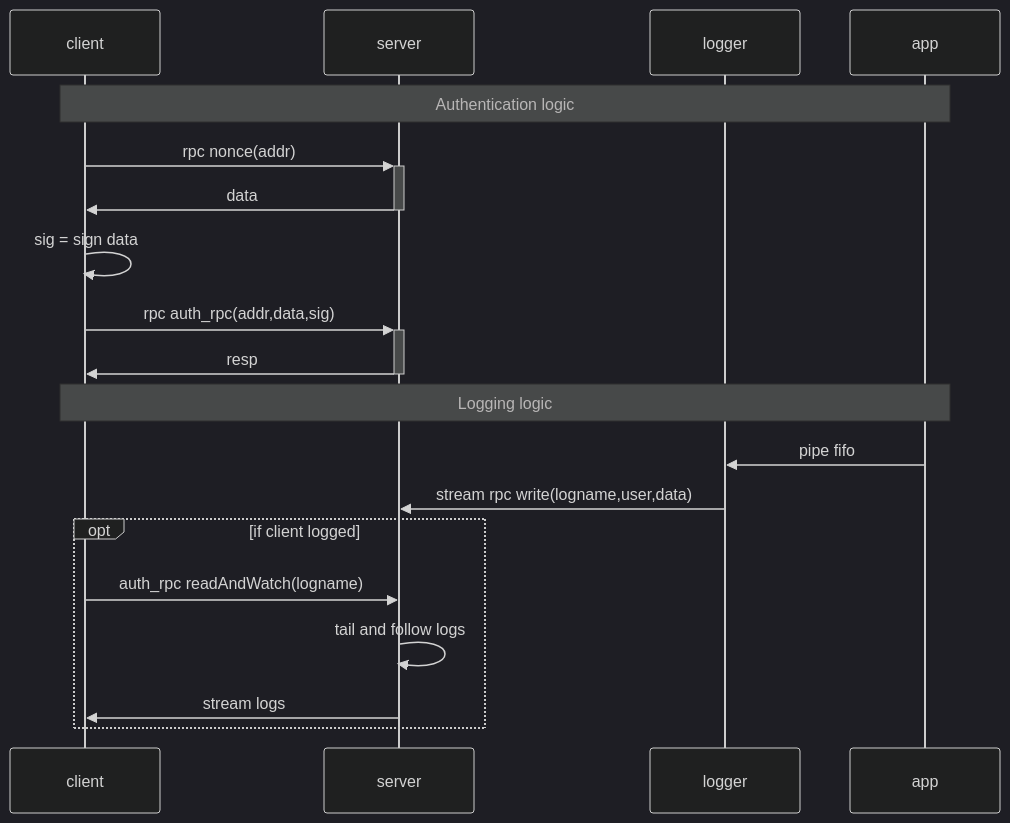
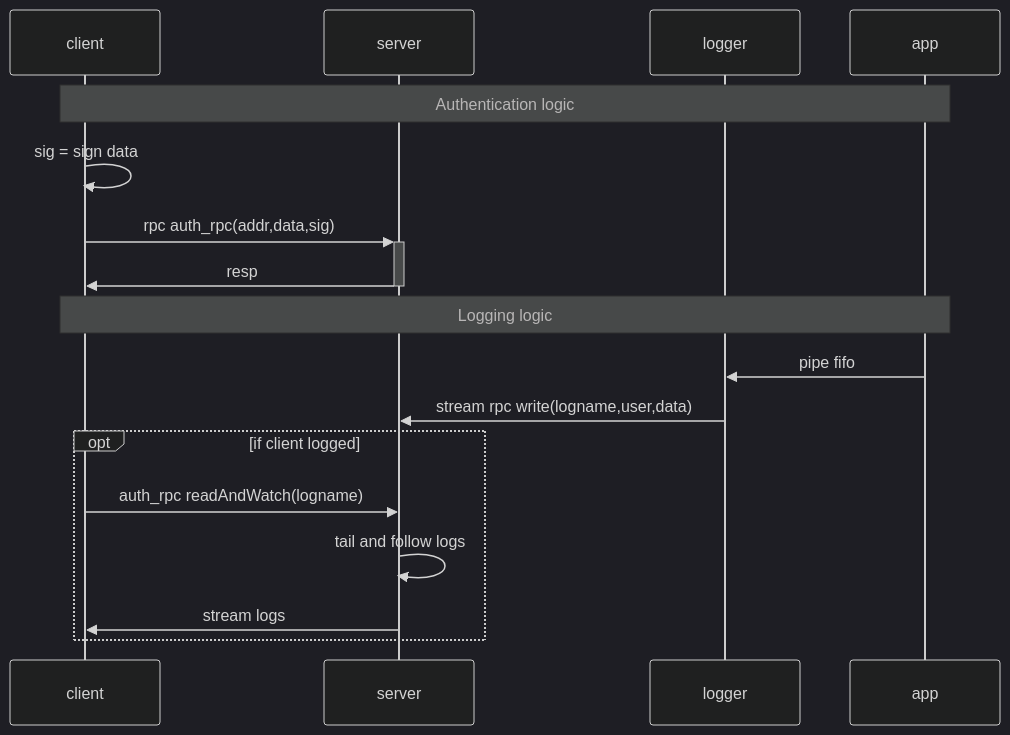
One commit to deepsquare-io/grid changed the diagram in grid-logger/README.md. Above: the diagram before and after it, drawn with Mermaid (dark theme). The commit also changed 6 other files, not shown here.

````diff
--- a/grid-logger/README.md
+++ b/grid-logger/README.md
@@ -7,24 +7,22 @@
 ```mermaid
 sequenceDiagram
     participant client
     participant server
     participant logger
     participant app
     Note over client,app: Authentication logic
-    client->>+server: rpc nonce(addr)
-    server->>-client: data
     client->>client: sig = sign data
     client->>+server: rpc auth_rpc(addr,data,sig)
     server->>-client: resp
 
     Note over client,app: Logging logic
     app->>logger: pipe fifo
     logger->>server: stream rpc write(logname,user,data)
     opt if client logged
         client->>server: auth_rpc readAndWatch(logname)
         server->>server: tail and follow logs
         server->>client: stream logs
     end
 
 
 ```
````
